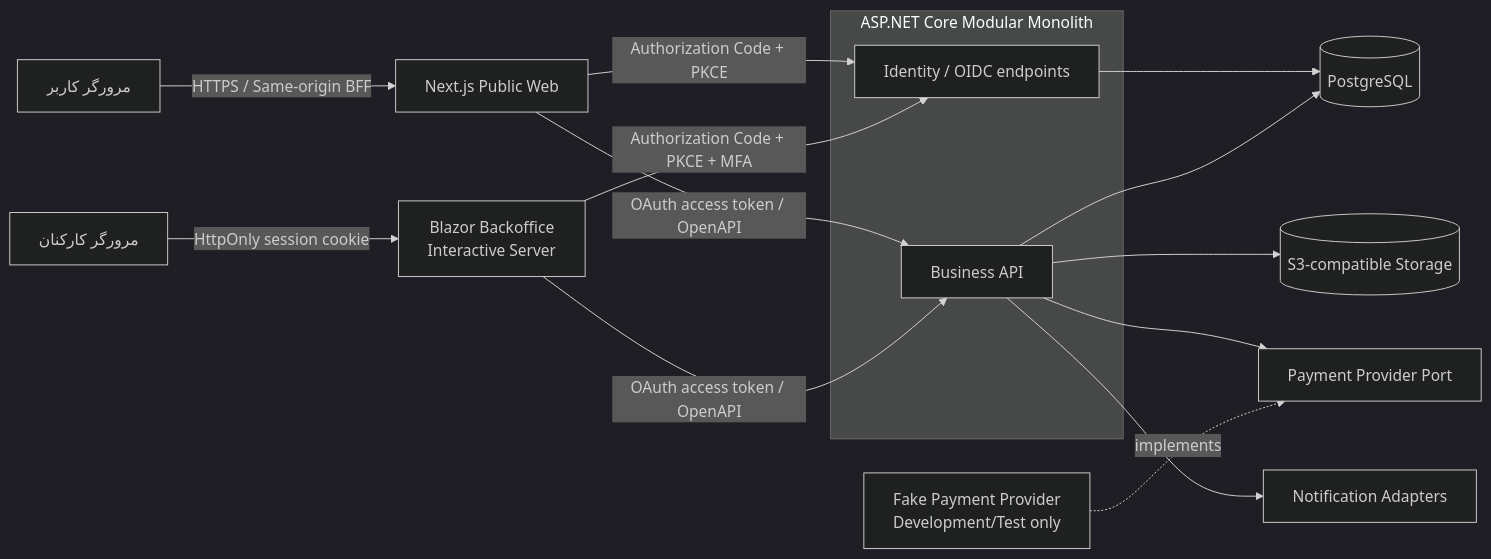
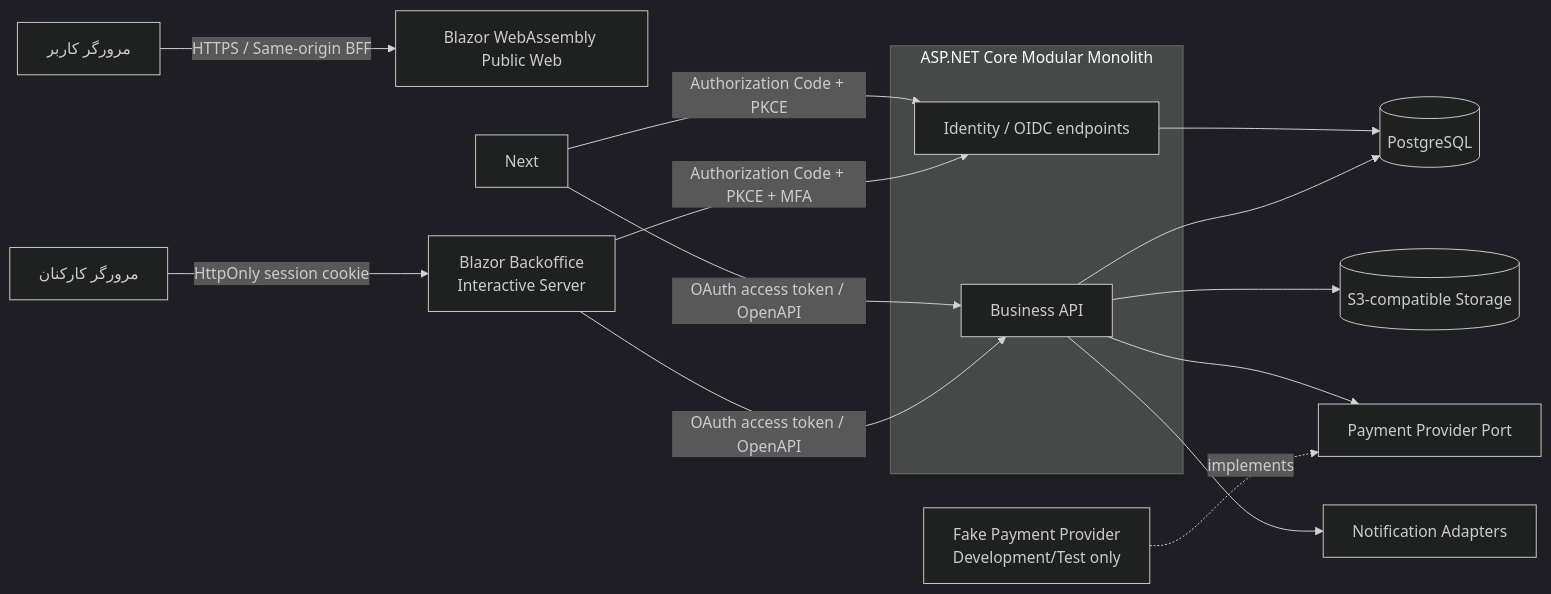
The first of 3 diagrams in docs/architecture.md (AmirHosseinJorsaraie/Auction), drawn with Mermaid (dark theme) before and after one commit. The commit also changed other lines of this file and 127 other files, not shown here.

````diff
--- a/docs/architecture.md
+++ b/docs/architecture.md
@@ -48,19 +48,19 @@
 ```mermaid
 flowchart LR
-    Browser[مرورگر کاربر] -->|HTTPS / Same-origin BFF| Next[Next.js Public Web]
+    Browser[مرورگر کاربر] -->|HTTPS / Same-origin BFF| PublicBlazor[Blazor WebAssembly Public Web]
     StaffBrowser[مرورگر کارکنان] -->|HttpOnly session cookie| Blazor[Blazor Backoffice\nInteractive Server]
     subgraph Backend[ASP.NET Core Modular Monolith]
         Api[Business API]
         Auth[Identity / OIDC endpoints]
     end
     Next -->|Authorization Code + PKCE| Auth
     Blazor -->|Authorization Code + PKCE + MFA| Auth
     Next -->|OAuth access token / OpenAPI| Api
     Blazor -->|OAuth access token / OpenAPI| Api
     Auth --> Pg[(PostgreSQL)]
     Api --> Pg
     Api --> Object[(S3-compatible Storage)]
     Api --> Pay[Payment Provider Port]
     Api --> Notify[Notification Adapters]
     DevPay[Fake Payment Provider\nDevelopment/Test only] -.implements.-> Pay
 ```
````
